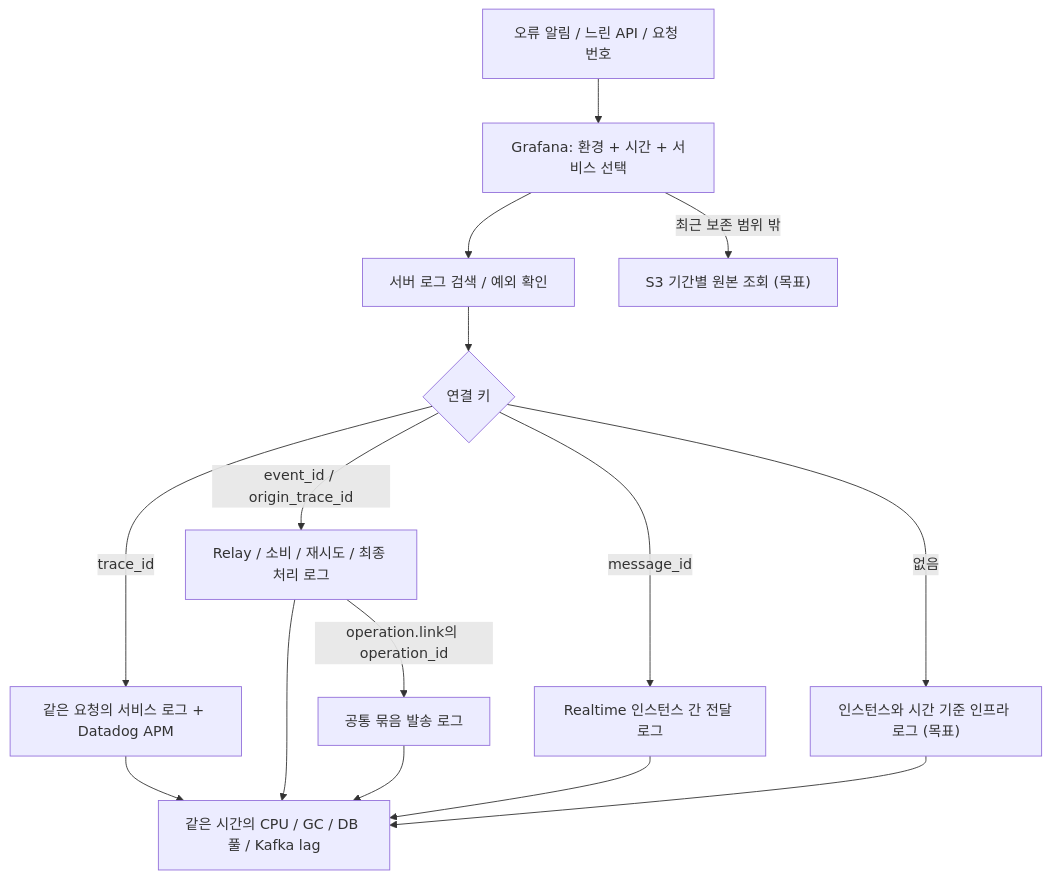
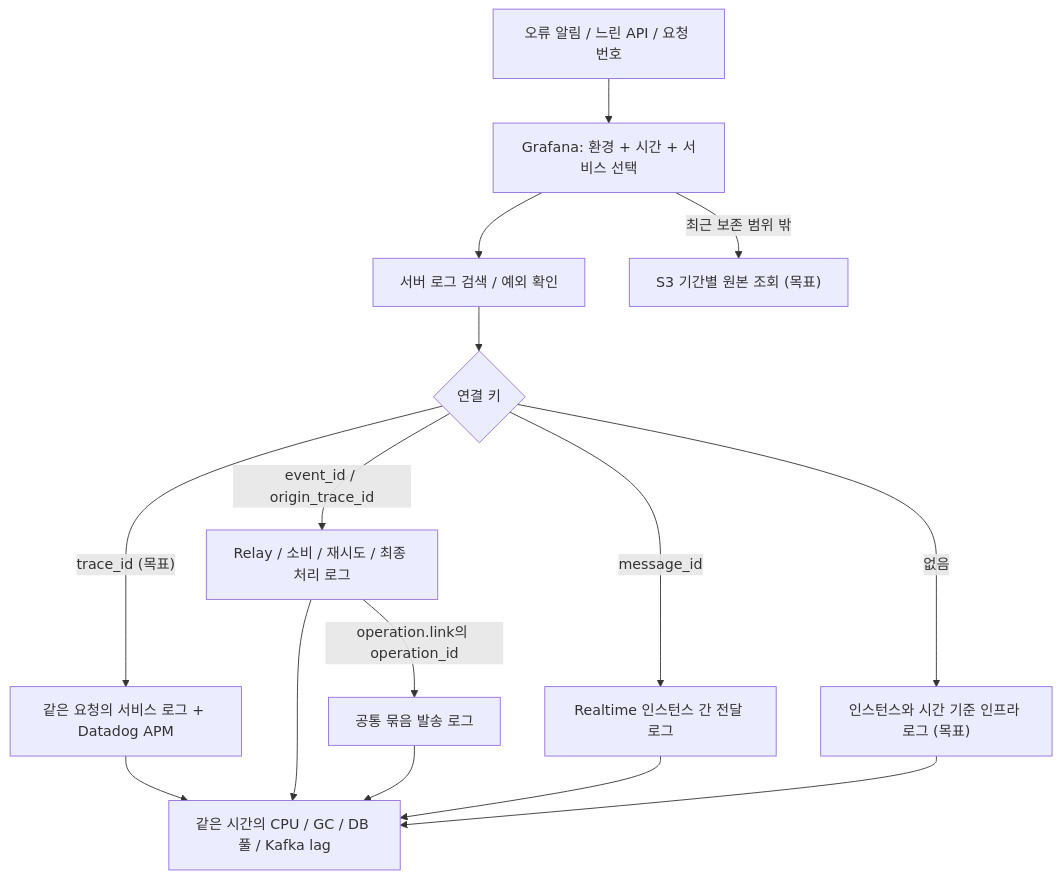
One commit to OneOrThree/phone changed the eighth of 8 diagrams in docs/architecture/server-log-observability/README.md. Above: the diagram before and after it, drawn with Mermaid. The commit also changed other lines of this file and 5 other files, not shown here.

````diff
--- a/docs/architecture/server-log-observability/README.md
+++ b/docs/architecture/server-log-observability/README.md
@@ -275,17 +278,17 @@
 ```mermaid
 flowchart TD
     A[오류 알림 / 느린 API / 요청 번호] --> B[Grafana: 환경 + 시간 + 서비스 선택]
     B --> C[서버 로그 검색 / 예외 확인]
     C --> D{연결 키}
-    D -->|trace_id| T[같은 요청의 서비스 로그 + Datadog APM]
+    D -->|"trace_id (목표)"| T[같은 요청의 서비스 로그 + Datadog APM]
     D -->|event_id / origin_trace_id| E[Relay / 소비 / 재시도 / 최종 처리 로그]
     E -->|operation.link의 operation_id| O[공통 묶음 발송 로그]
     D -->|message_id| RT[Realtime 인스턴스 간 전달 로그]
     D -->|없음| I["인스턴스와 시간 기준 인프라 로그 (목표)"]
     T --> M[같은 시간의 CPU / GC / DB 풀 / Kafka lag]
     E --> M
     O --> M
     RT --> M
     I --> M
     B -->|최근 보존 범위 밖| S["S3 기간별 원본 조회 (목표)"]
 ```
````
